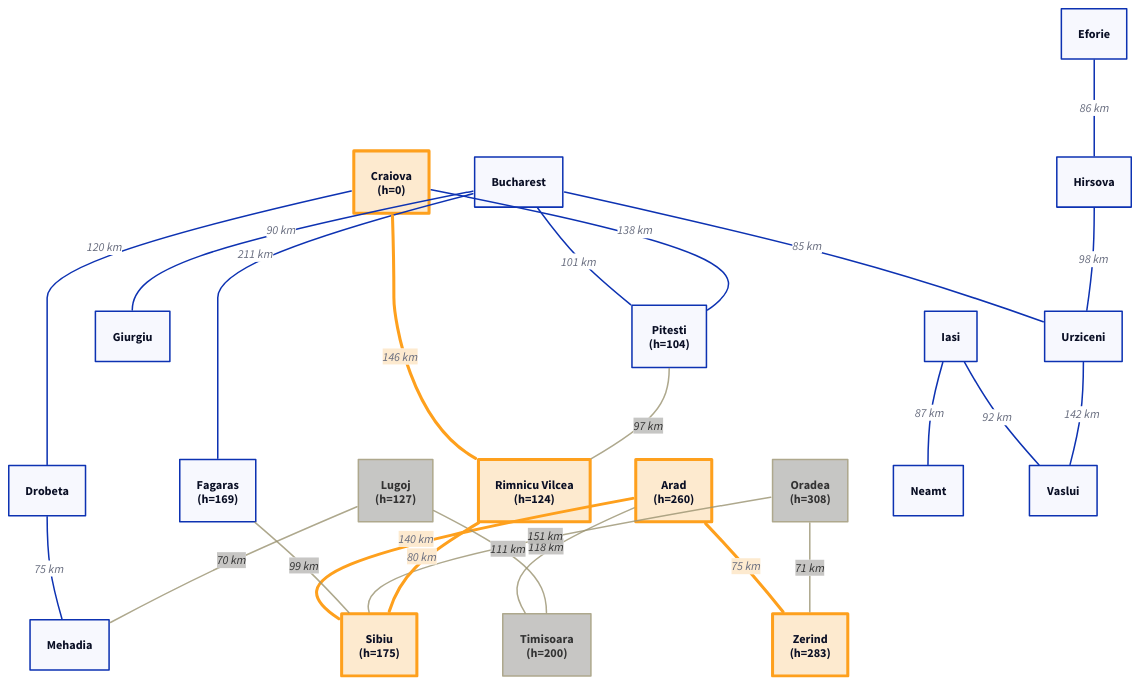
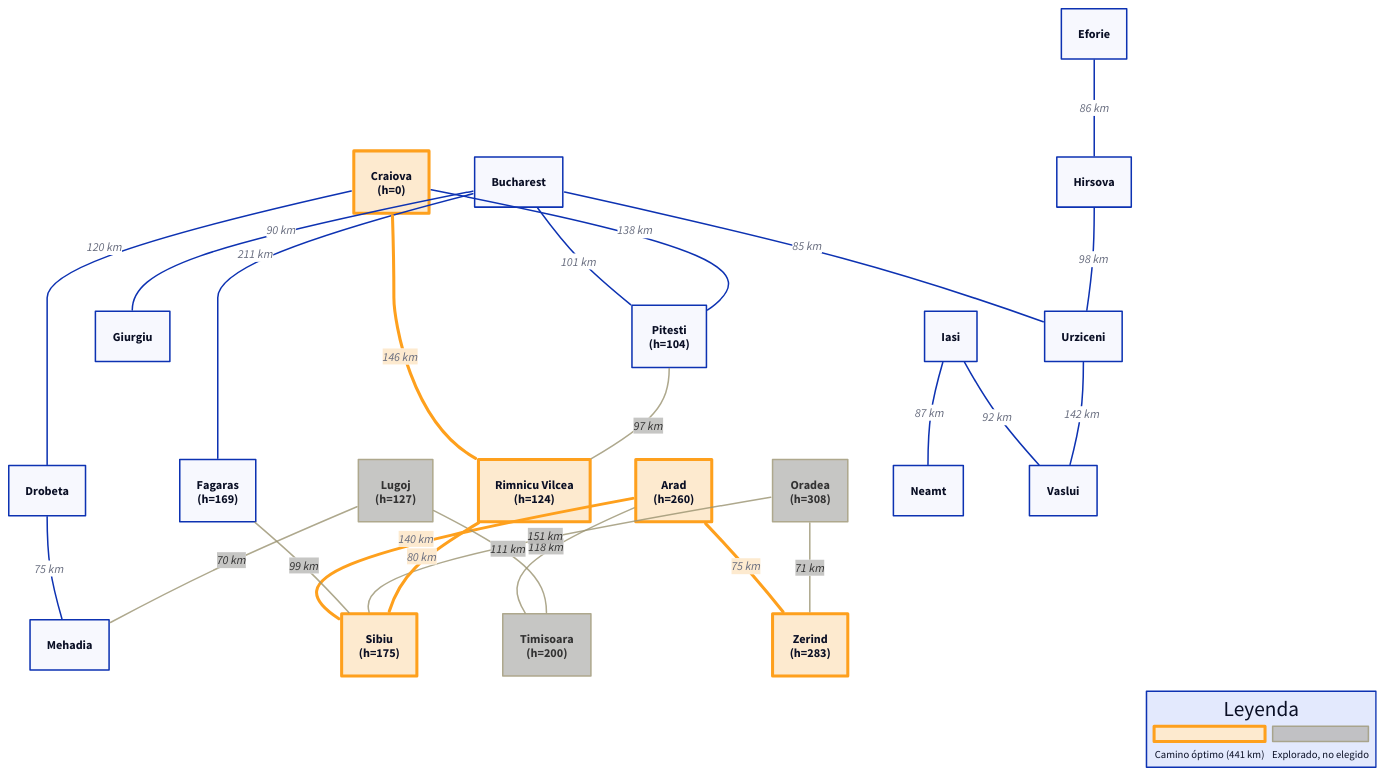
Before and after one commit to rafaga/ejercicios_mia: the diagram in 04_busqueda_informada/ejercicio_1/a-star.d2, drawn with D2. The commit also changed 10 other files, not shown here.

```diff
--- a/04_busqueda_informada/ejercicio_1/a-star.d2
+++ b/04_busqueda_informada/ejercicio_1/a-star.d2
@@ -1,82 +1,111 @@
 classes: {
   camino: {
     style.fill: "#fdeacf"
     style.stroke: "#fea01d"
     style.stroke-width: 4
   }
   explorado: { 
     style.fill: "#b9b8b6"
     style.stroke: "#9a9371"
     style.opacity: 0.8
     style.font-color: "#000000"
+  }
+}
+
+Leyenda: {
+  near: bottom-right
+  grid-columns: 2
+  horizontal-gap: 10
+  vertical-gap: 8
+
+  sw1: "" {
+    shape: square
+    width: 20
+    height: 20
+    class: camino
+  }
+  "Camino óptimo (441 km)": {
+    shape: text
+    style.font-size: 14
+  }
+
+  sw2: "" {
+    shape: square
+    width: 20
+    height: 20
+    class: explorado
+  }
+  "Explorado, no elegido": {
+    shape: text
+    style.font-size: 14
   }
 }
 
 Arad: "Arad\n(h=260)" 
 Sibiu: "Sibiu\n(h=175)"
 Rimnicu: "Rimnicu Vilcea\n(h=124)"
 Craiova: "Craiova\n(h=0)"
 Zerind: "Zerind\n(h=283)"
 Oradea : "Oradea\n(h=308)"
 Fagaras: "Fagaras\n(h=169)"
 Pitesti: "Pitesti\n(h=104)"
 Arad: "Arad\n(h=260)"
 Timisoara: "Timisoara\n(h=200)"
 Lugoj: "Lugoj\n(h=127)"
 
 Arad.class: camino
 Sibiu.class: camino
 Rimnicu.class: camino
 Craiova.class: camino
 Zerind.class: camino
 Oradea.class: explorado
 # Fagaras.class: explorado
 # Pitesti.class: explorado
 Timisoara.class: explorado
 Lugoj.class:explorado
 
 Arad -- Sibiu: 140 km {
   class: camino
 }
 Arad -- Timisoara: 118 km {
    class: explorado
 }
 Arad -- Zerind: 75 km {
   class: camino
 }
 Bucharest -- Fagaras: 211 km
 Bucharest -- Giurgiu: 90 km
 Bucharest -- Pitesti: 101 km
 Bucharest -- Urziceni: 85 km
 Craiova -- Drobeta: 120 km
 Craiova -- Pitesti: 138 km 
 Craiova -- Rimnicu: 146 km {
   class: camino
 }
 Drobeta -- Mehadia: 75 km
 Eforie -- Hirsova: 86 km
 Fagaras -- Sibiu: 99 km {
    class: explorado
 }
 Hirsova -- Urziceni: 98 km
 Iasi -- Neamt: 87 km
 Iasi -- Vaslui: 92 km
 Lugoj -- Mehadia: 70 km {
    class: explorado
 }
 Lugoj -- Timisoara: 111 km {
    class: explorado
 }
 Oradea -- Sibiu: 151 km {
    class: explorado
 }
 Oradea -- Zerind: 71 km {
    class: explorado
 }
 Pitesti -- Rimnicu: 97 km {
    class: explorado
 }
 Rimnicu -- Sibiu: 80 km {
   class: camino
 }
 Urziceni -- Vaslui: 142 km
```
